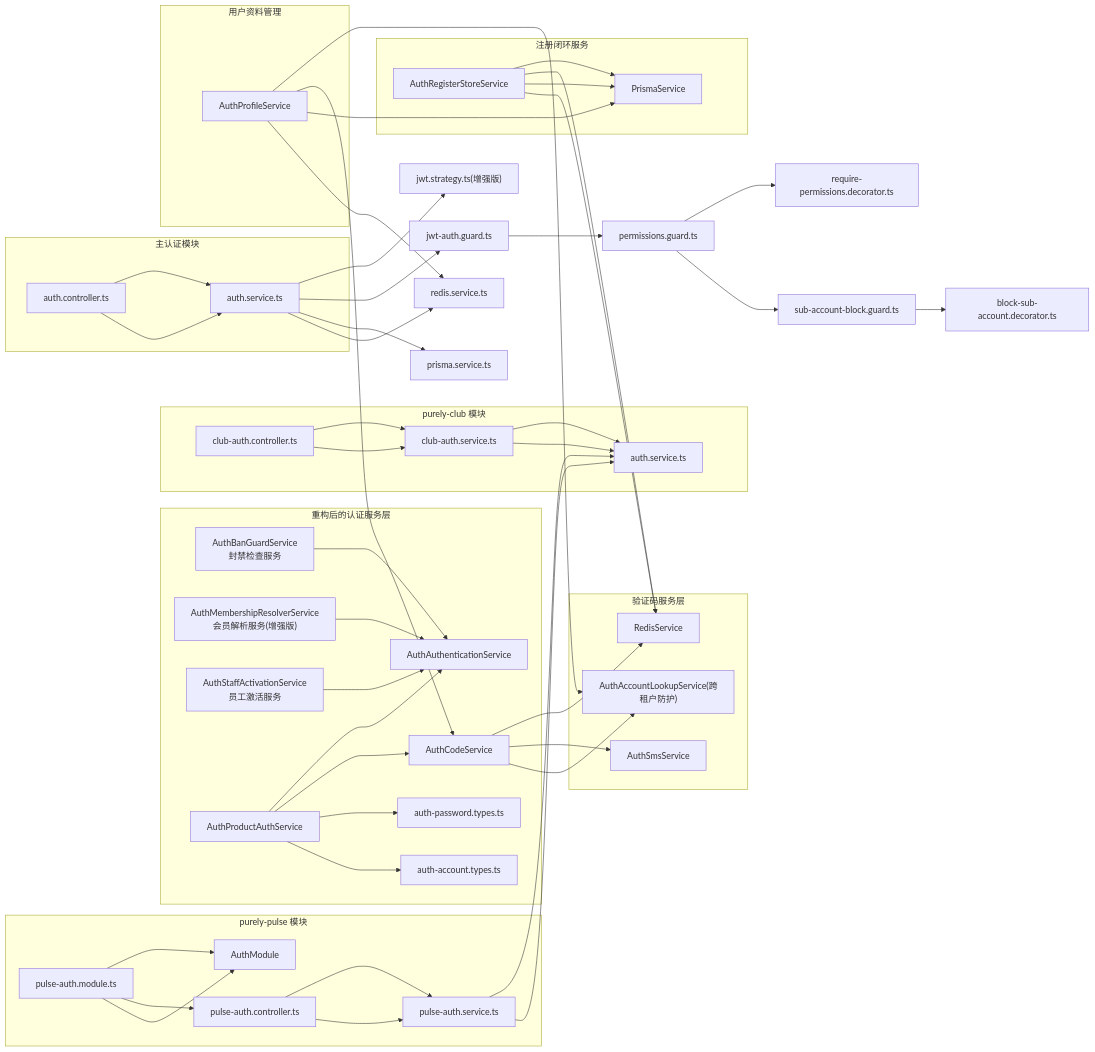
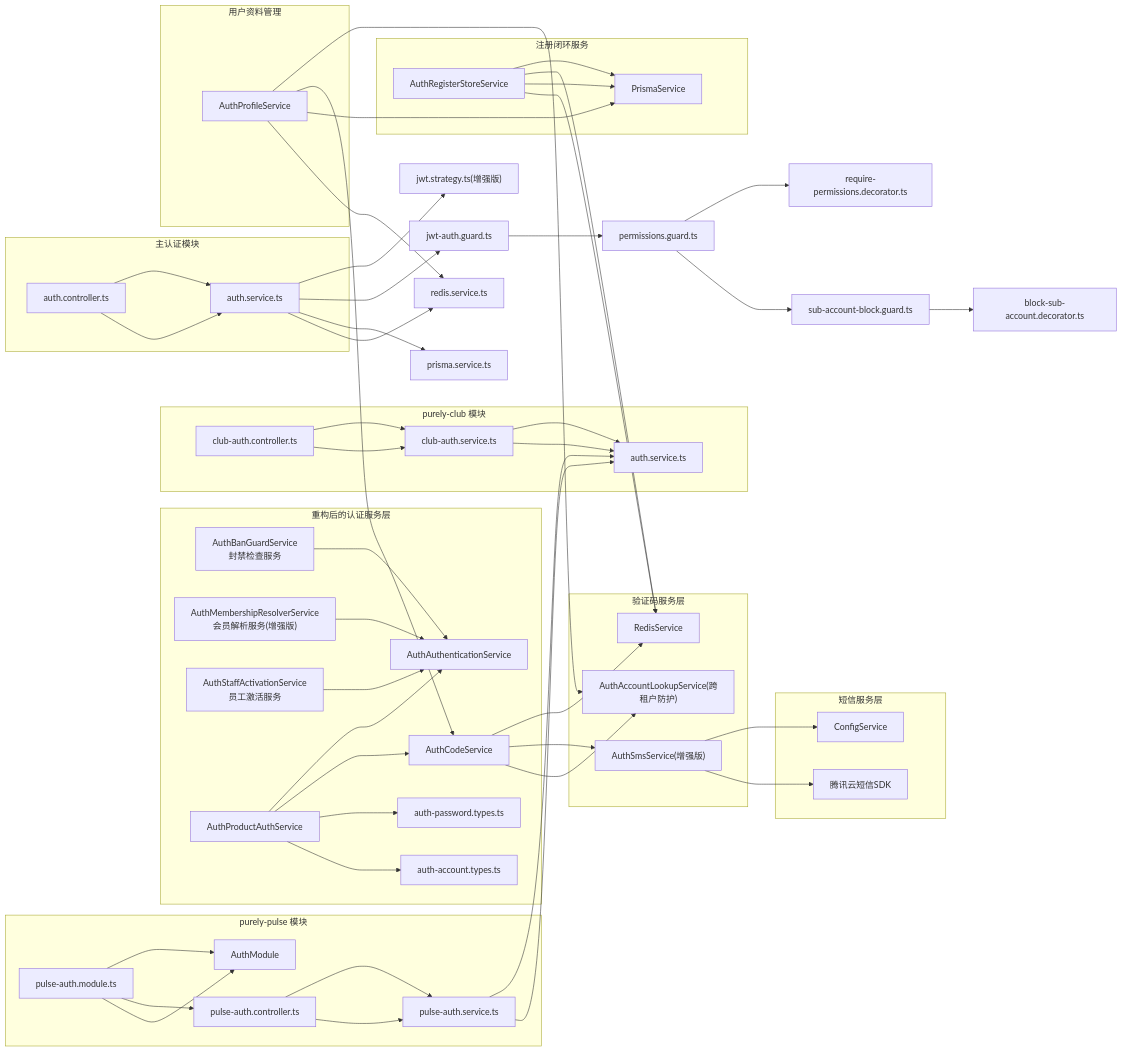
Diagram 17 of 17 in .qoder/repowiki/zh/content/认证授权系统/认证授权系统.md (rc558620/purelyprofit-server), drawn with Mermaid before and after one commit. The commit also changed other lines of this file and 56 other files, not shown here.

````diff
--- a/.qoder/repowiki/zh/content/认证授权系统/认证授权系统.md
+++ b/.qoder/repowiki/zh/content/认证授权系统/认证授权系统.md
@@ -980,63 +1053,67 @@
 ```mermaid
 graph LR
 subgraph "重构后的认证服务层"
 ABGS["AuthBanGuardService<br/>封禁检查服务"]
 AMRS["AuthMembershipResolverService<br/>会员解析服务(增强版)"]
 ASAS["AuthStaffActivationService<br/>员工激活服务"]
 APAS["AuthProductAuthService"]
 AAS["AuthAuthenticationService"]
 ACS["AuthCodeService"]
 AST["auth-password.types.ts"]
 AAT["auth-account.types.ts"]
 end
 subgraph "验证码服务层"
 ACS --> RS["RedisService"]
-ACS --> ASS["AuthSmsService"]
+ACS --> ASS["AuthSmsService(增强版)"]
 ACS --> AALS["AuthAccountLookupService(跨租户防护)"]
+end
+subgraph "短信服务层"
+ASS --> CS["ConfigService"]
+ASS --> TC["腾讯云短信SDK"]
 end
 subgraph "purely-club 模块"
 CCtrl["club-auth.controller.ts"] --> CSvc["club-auth.service.ts"]
 CSvc --> MainSvc["auth.service.ts"]
 end
 subgraph "purely-pulse 模块"
 PAM["pulse-auth.module.ts"] --> AM["AuthModule"]
 PAM --> PCtrl["pulse-auth.controller.ts"] --> PSvc["pulse-auth.service.ts"]
 PSvc --> MainSvc
 end
 subgraph "主认证模块"
 Ctrl["auth.controller.ts"] --> Svc["auth.service.ts"]
 end
 subgraph "用户资料管理"
 UPS["AuthProfileService"] --> AALS
 UPS --> ACS
 end
 subgraph "注册闭环服务"
 ARS["AuthRegisterStoreService"] --> PRISMA["PrismaService"]
 ARS --> RS
 end
 ABGS --> AAS
 AMRS --> AAS
 ASAS --> AAS
 APAS --> AAS
 APAS --> ACS
 APAS --> AST
 APAS --> AAT
 CCtrl --> CSvc
 CSvc --> MainSvc
 PAM --> AM
 PCtrl --> PSvc
 PSvc --> MainSvc
 Ctrl --> Svc
 Svc --> Strat["jwt.strategy.ts(增强版)"]
 Svc --> Guard["jwt-auth.guard.ts"]
 Guard --> PermGuard["permissions.guard.ts"]
 PermGuard --> Decor["require-permissions.decorator.ts"]
 PermGuard --> SubGuard["sub-account-block.guard.ts"]
 SubGuard --> SubDecor["block-sub-account.decorator.ts"]
 Svc --> Prisma["prisma.service.ts"]
 Svc --> Redis["redis.service.ts"]
 ARS --> PRISMA
 ARS --> RS
 UPS --> PRISMA
 UPS --> Redis
 ```
````
